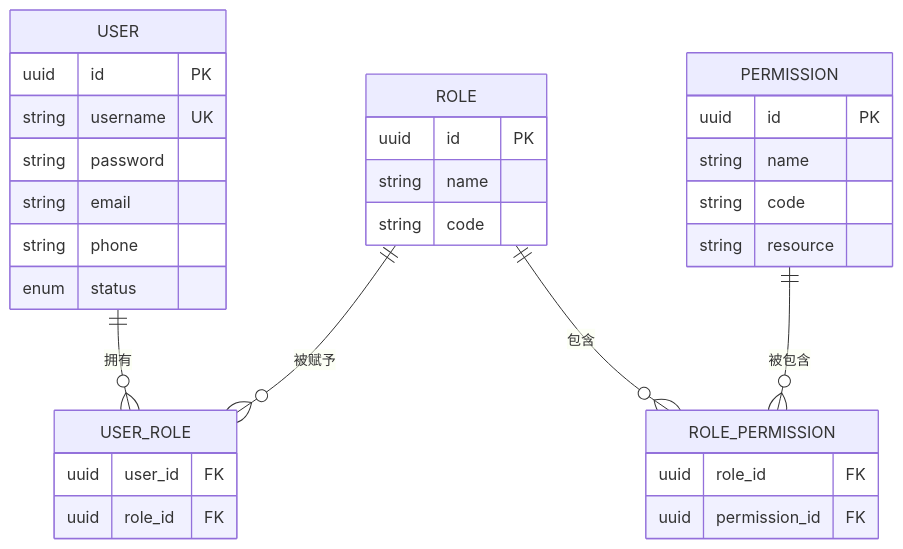
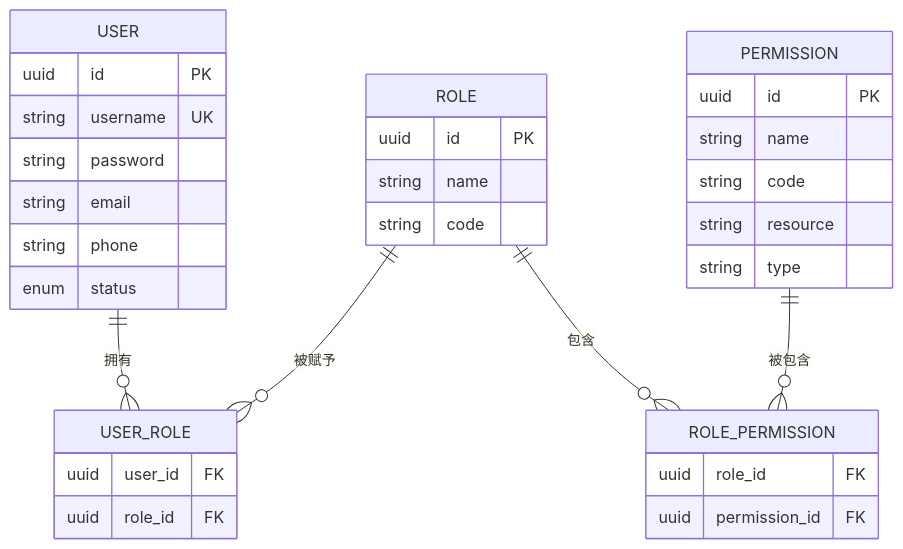
The fifth of 12 diagrams in .qoder/repowiki/zh/content/API接口文档/用户认证API.md (liming-lihaini/workflow), drawn with Mermaid before and after one commit. The commit also changed other lines of this file and 30 other files, not shown here.

````diff
--- a/.qoder/repowiki/zh/content/API接口文档/用户认证API.md
+++ b/.qoder/repowiki/zh/content/API接口文档/用户认证API.md
@@ -222,34 +238,35 @@
 ```mermaid
 erDiagram
 USER {
 uuid id PK
 string username UK
 string password
 string email
 string phone
 enum status
 }
 ROLE {
 uuid id PK
 string name
 string code
 }
 PERMISSION {
 uuid id PK
 string name
 string code
 string resource
+string type
 }
 USER_ROLE {
 uuid user_id FK
 uuid role_id FK
 }
 ROLE_PERMISSION {
 uuid role_id FK
 uuid permission_id FK
 }
 USER ||--o{ USER_ROLE : "拥有"
 ROLE ||--o{ USER_ROLE : "被赋予"
 ROLE ||--o{ ROLE_PERMISSION : "包含"
 PERMISSION ||--o{ ROLE_PERMISSION : "被包含"
 ```
````
